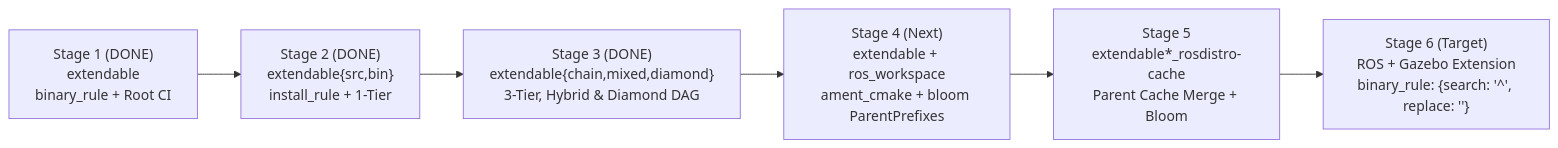
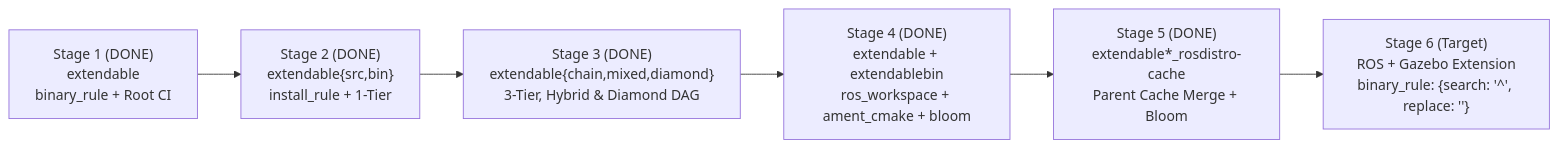
One commit to KmoM88/rep159-testing changed the second of 2 diagrams in ROLLOUT_PLAN.md. Above: the diagram before and after it, drawn with Mermaid. The commit also changed other lines of this file and 10 other files, not shown here.

Commit message:
docs: unify Stage 4 & 5 under extendable* (E*), rename stage branches, and record build.test.ros2.org results

````diff
--- a/ROLLOUT_PLAN.md
+++ b/ROLLOUT_PLAN.md
@@ -87,8 +88,8 @@
 ```mermaid
 flowchart LR
     S1["Stage 1 (DONE)<br/>extendable<br/>binary_rule + Root CI"] --> S2["Stage 2 (DONE)<br/>extendable{src,bin}<br/>install_rule + 1-Tier"]
     S2 --> S3["Stage 3 (DONE)<br/>extendable{chain,mixed,diamond}<br/>3-Tier, Hybrid & Diamond DAG"]
-    S3 --> S4["Stage 4 (Next)<br/>extendable + ros_workspace<br/>ament_cmake + bloom ParentPrefixes"]
-    S4 --> S5["Stage 5<br/>extendable*_rosdistro-cache<br/>Parent Cache Merge + Bloom"]
+    S3 --> S4["Stage 4 (DONE)<br/>extendable + extendablebin<br/>ros_workspace + ament_cmake + bloom"]
+    S4 --> S5["Stage 5 (DONE)<br/>extendable*_rosdistro-cache<br/>Parent Cache Merge + Bloom"]
     S5 --> S6["Stage 6 (Target)<br/>ROS + Gazebo Extension<br/>binary_rule: {search: '^', replace: ''}"]
 ```
````
